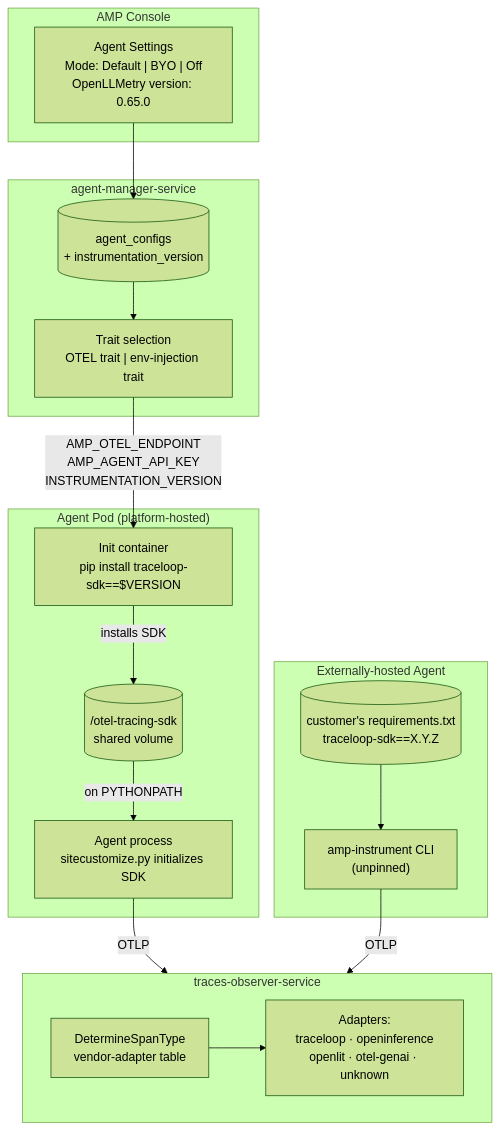
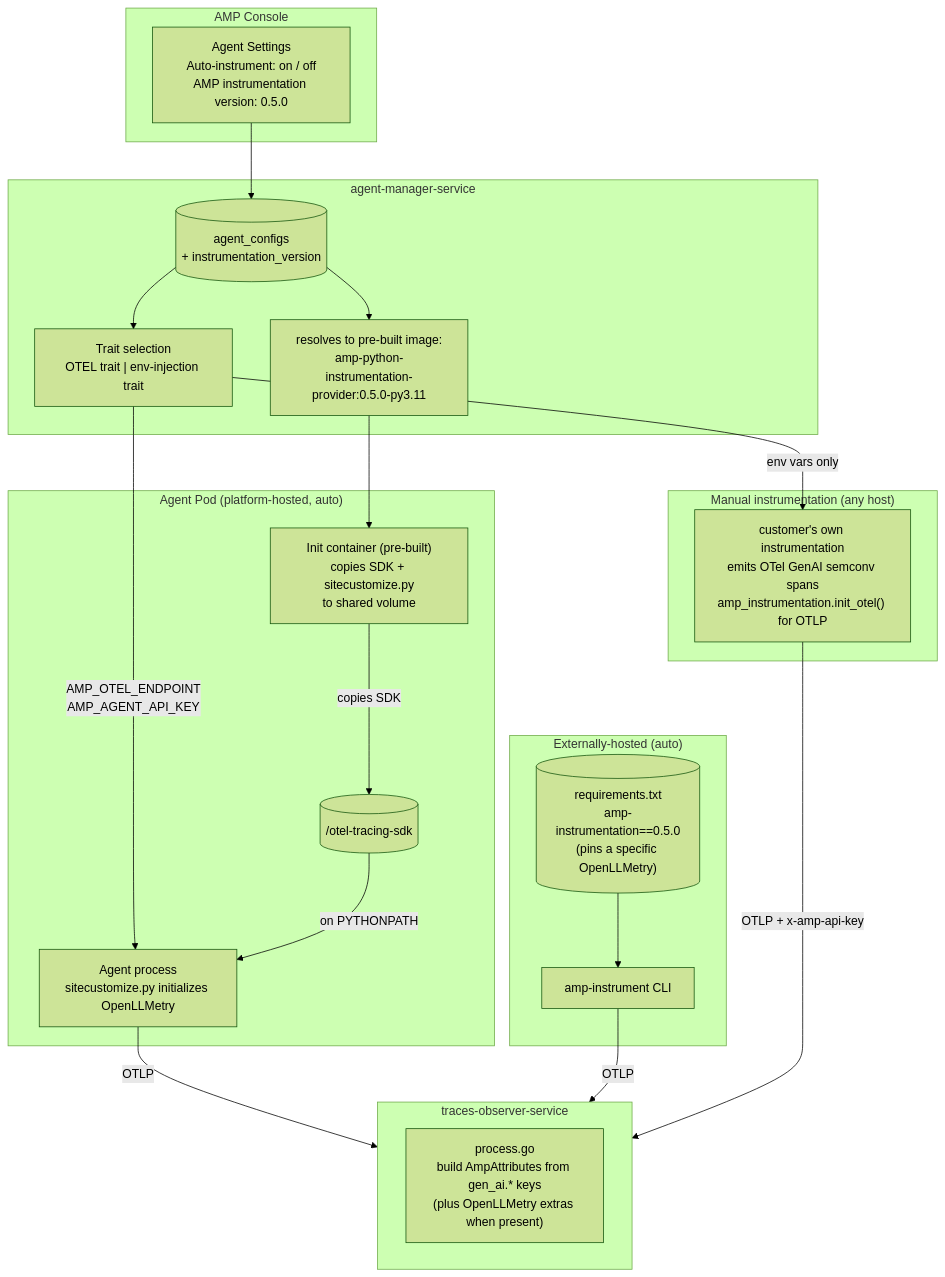
One commit to RAVEENSR/agent-manager changed the first of 5 diagrams in references/INSTRUMENTATION_REDESIGN_PROPOSAL.md. Above: the diagram before and after it, drawn with Mermaid (forest theme). The commit also changed other lines of this file, not shown here.

First line of the commit message:
Revise auto-instrumentation proposal per design review

````diff
--- a/references/INSTRUMENTATION_REDESIGN_PROPOSAL.md
+++ b/references/INSTRUMENTATION_REDESIGN_PROPOSAL.md
@@ -52,37 +48,44 @@
 ```mermaid
 flowchart TB
     subgraph Console["AMP Console"]
-        UI["Agent Settings<br/>Mode: Default | BYO | Off<br/>OpenLLMetry version: 0.65.0"]
+        UI["Agent Settings<br/>Auto-instrument: on / off<br/>AMP instrumentation version: 0.5.0"]
     end
 
     subgraph AMS["agent-manager-service"]
         CFG[("agent_configs<br/>+ instrumentation_version")]
         TRAIT["Trait selection<br/>OTEL trait | env-injection trait"]
+        REG["resolves to pre-built image:<br/>amp-python-instrumentation-provider:0.5.0-py3.11"]
     end
 
-    subgraph Pod["Agent Pod (platform-hosted)"]
-        INIT["Init container<br/>pip install traceloop-sdk==$VERSION"]
-        VOL[("/otel-tracing-sdk<br/>shared volume")]
-        AGENT["Agent process<br/>sitecustomize.py initializes SDK"]
+    subgraph Pod["Agent Pod (platform-hosted, auto)"]
+        INIT["Init container (pre-built)<br/>copies SDK + sitecustomize.py<br/>to shared volume"]
+        VOL[("/otel-tracing-sdk")]
+        AGENT["Agent process<br/>sitecustomize.py initializes OpenLLMetry"]
     end
 
-    subgraph EXT["Externally-hosted Agent"]
-        REQ[("customer's requirements.txt<br/>traceloop-sdk==X.Y.Z")]
-        ECLI["amp-instrument CLI<br/>(unpinned)"]
+    subgraph EXT["Externally-hosted (auto)"]
+        REQ[("requirements.txt<br/>amp-instrumentation==0.5.0<br/>(pins a specific OpenLLMetry)")]
+        ECLI["amp-instrument CLI"]
+    end
+
+    subgraph MAN["Manual instrumentation (any host)"]
+        MCODE["customer's own instrumentation<br/>emits OTel GenAI semconv spans<br/>amp_instrumentation.init_otel() for OTLP"]
     end
 
     subgraph OBS["traces-observer-service"]
-        DETECT["DetermineSpanType<br/>vendor-adapter table"]
-        ADAPT["Adapters:<br/>traceloop · openinference<br/>openlit · otel-genai · unknown"]
+        DETECT["process.go<br/>build AmpAttributes from gen_ai.* keys<br/>(plus OpenLLMetry extras when present)"]
     end
 
     UI --> CFG
     CFG --> TRAIT
-    TRAIT -->|"AMP_OTEL_ENDPOINT<br/>AMP_AGENT_API_KEY<br/>INSTRUMENTATION_VERSION"| INIT
-    INIT -->|"installs SDK"| VOL
+    CFG --> REG
+    REG --> INIT
+    TRAIT -->|"AMP_OTEL_ENDPOINT<br/>AMP_AGENT_API_KEY"| AGENT
+    TRAIT -->|"env vars only"| MCODE
+    INIT -->|"copies SDK"| VOL
     VOL -->|"on PYTHONPATH"| AGENT
     AGENT -->|"OTLP"| OBS
     REQ --> ECLI
     ECLI -->|"OTLP"| OBS
-    DETECT --> ADAPT
+    MCODE -->|"OTLP + x-amp-api-key"| OBS
 ```
````
